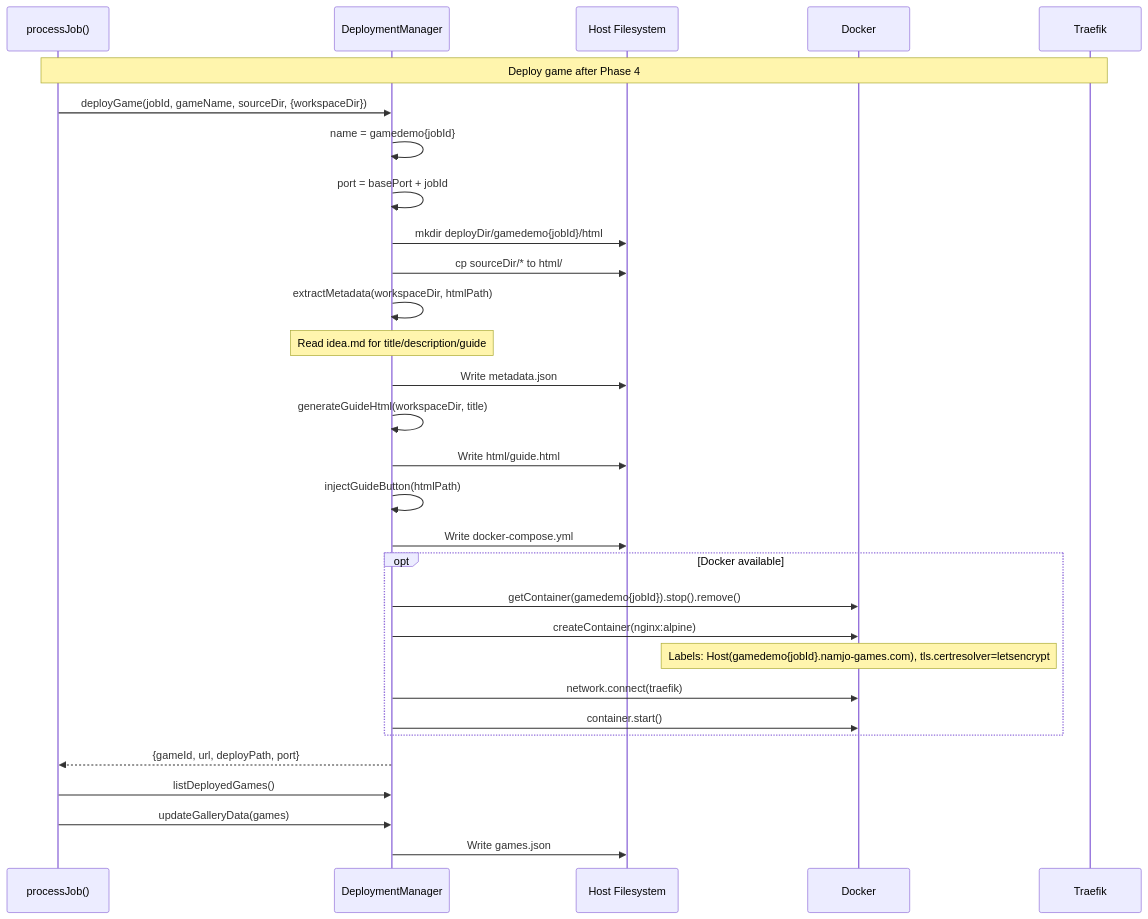
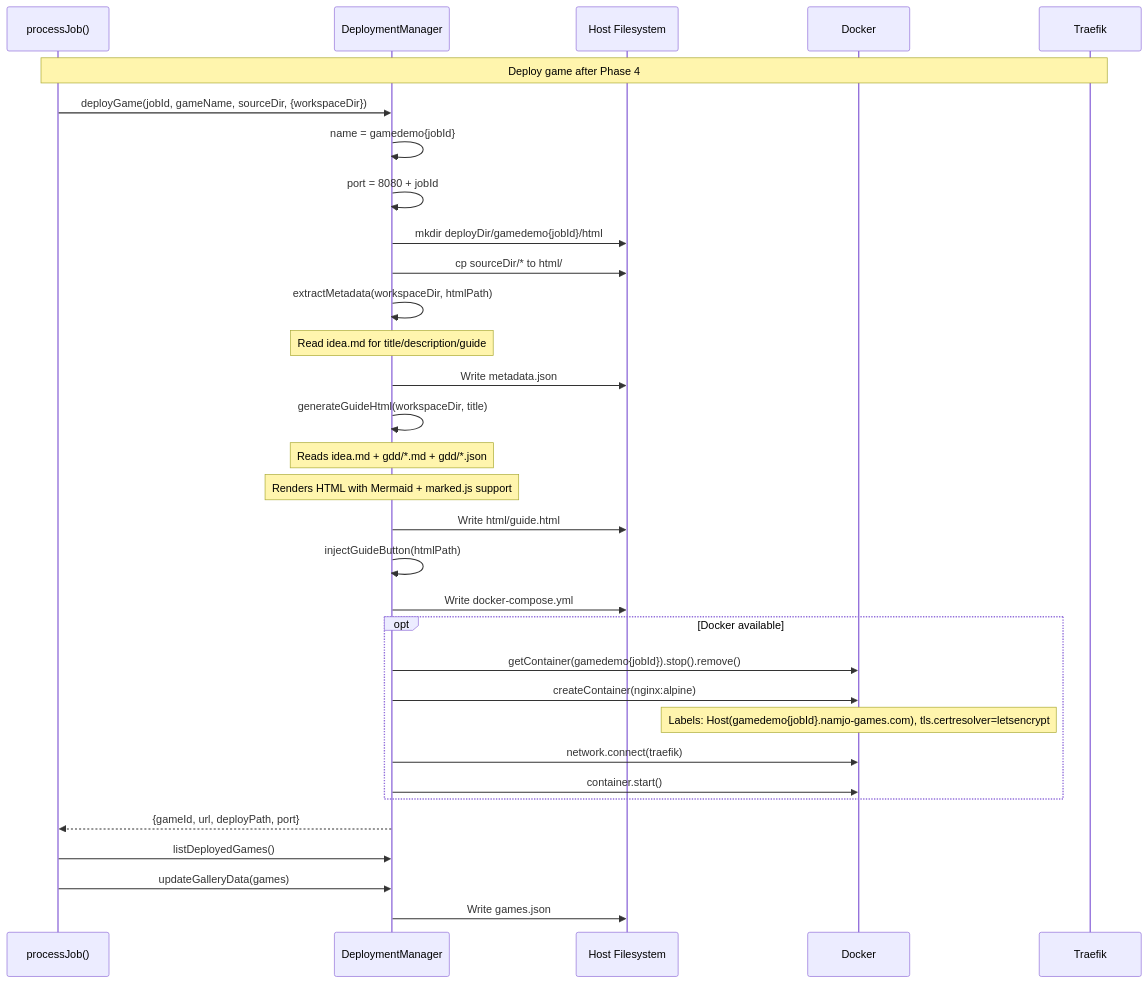
The fourth of 9 diagrams in AI/document/02-user-flows.md (J-Gierend/gamePocGen), drawn with Mermaid before and after one commit. The commit also changed other lines of this file and 5 other files, not shown here.

````diff
--- a/AI/document/02-user-flows.md
+++ b/AI/document/02-user-flows.md
@@ -112,38 +116,40 @@
 ```mermaid
 sequenceDiagram
     participant Backend as processJob()
     participant DM as DeploymentManager
     participant FS as Host Filesystem
     participant Docker
     participant Traefik
 
     Note over Backend,Traefik: Deploy game after Phase 4
     Backend->>DM: deployGame(jobId, gameName, sourceDir, {workspaceDir})
     DM->>DM: name = gamedemo{jobId}
-    DM->>DM: port = basePort + jobId
+    DM->>DM: port = 8080 + jobId
     DM->>FS: mkdir deployDir/gamedemo{jobId}/html
     DM->>FS: cp sourceDir/* to html/
 
     DM->>DM: extractMetadata(workspaceDir, htmlPath)
     Note over DM: Read idea.md for title/description/guide
     DM->>FS: Write metadata.json
 
     DM->>DM: generateGuideHtml(workspaceDir, title)
+    Note over DM: Reads idea.md + gdd/*.md + gdd/*.json
+    Note over DM: Renders HTML with Mermaid + marked.js support
     DM->>FS: Write html/guide.html
     DM->>DM: injectGuideButton(htmlPath)
     DM->>FS: Write docker-compose.yml
 
     opt Docker available
         DM->>Docker: getContainer(gamedemo{jobId}).stop().remove()
         DM->>Docker: createContainer(nginx:alpine)
         Note over Docker: Labels: Host(gamedemo{jobId}.namjo-games.com), tls.certresolver=letsencrypt
         DM->>Docker: network.connect(traefik)
         DM->>Docker: container.start()
     end
 
     DM-->>Backend: {gameId, url, deployPath, port}
 
     Backend->>DM: listDeployedGames()
     Backend->>DM: updateGalleryData(games)
     DM->>FS: Write games.json
 ```
````
